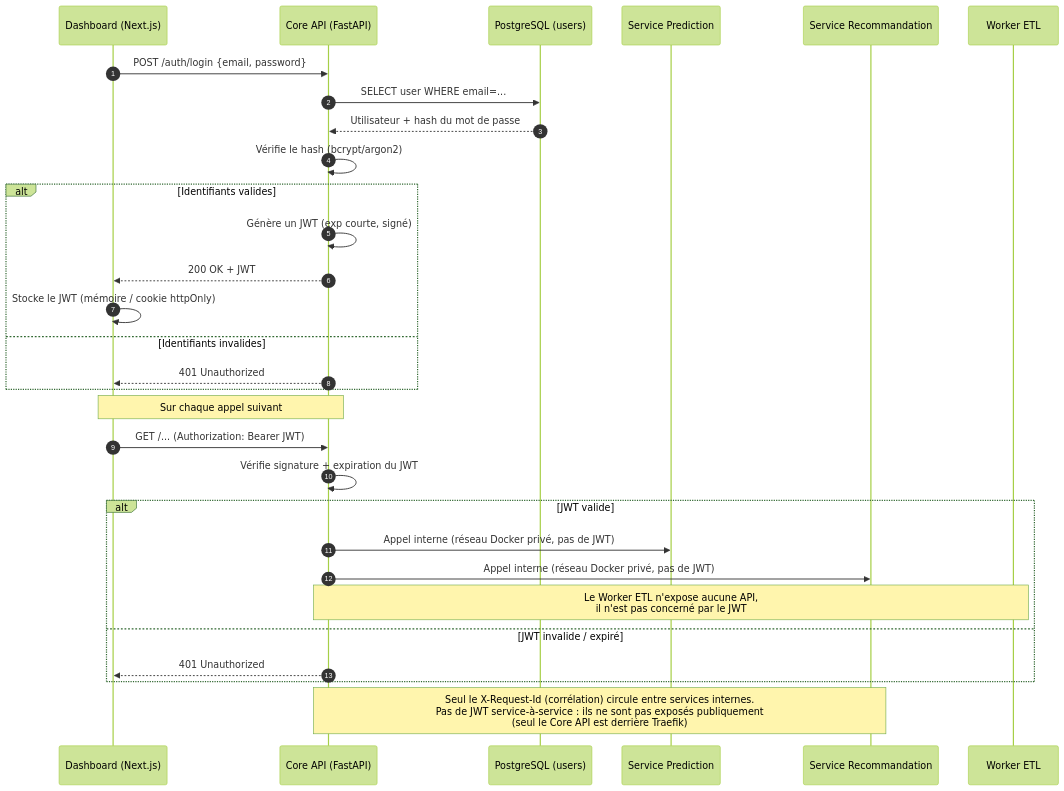
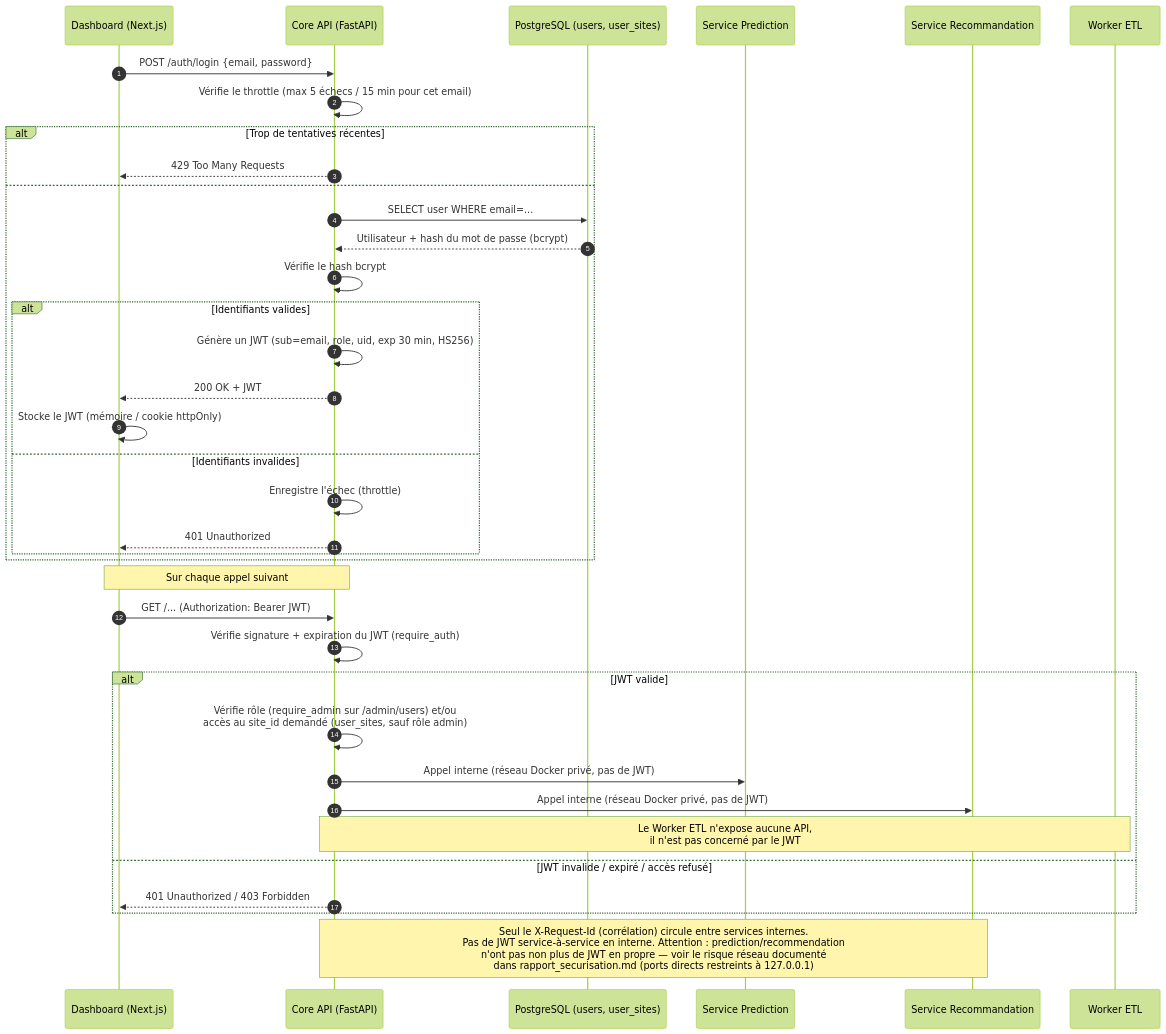
The diagram in docs/seq_auth_token.md (PetitPingu/EnerVision), drawn with Mermaid (forest theme) before and after one commit. The commit also changed other lines of this file and 4 other files, not shown here.

Commit message:
fix: masquer prediction/recommendation du web public

````diff
--- a/docs/seq_auth_token.md
+++ b/docs/seq_auth_token.md
@@ -12,35 +27,42 @@
 ```mermaid
 sequenceDiagram
     autonumber
     participant Client as Dashboard (Next.js)
     participant Core as Core API (FastAPI)
-    participant PG as PostgreSQL (users)
+    participant PG as PostgreSQL (users, user_sites)
     participant Pred as Service Prediction
     participant Reco as Service Recommandation
     participant ETL as Worker ETL
 
     Client->>Core: POST /auth/login {email, password}
-    Core->>PG: SELECT user WHERE email=...
-    PG-->>Core: Utilisateur + hash du mot de passe
-    Core->>Core: Vérifie le hash (bcrypt/argon2)
-    alt Identifiants valides
-        Core->>Core: Génère un JWT (exp courte, signé)
-        Core-->>Client: 200 OK + JWT
-        Client->>Client: Stocke le JWT (mémoire / cookie httpOnly)
-    else Identifiants invalides
-        Core-->>Client: 401 Unauthorized
+    Core->>Core: Vérifie le throttle (max 5 échecs / 15 min pour cet email)
+    alt Trop de tentatives récentes
+        Core-->>Client: 429 Too Many Requests
+    else
+        Core->>PG: SELECT user WHERE email=...
+        PG-->>Core: Utilisateur + hash du mot de passe (bcrypt)
+        Core->>Core: Vérifie le hash bcrypt
+        alt Identifiants valides
+            Core->>Core: Génère un JWT (sub=email, role, uid, exp 30 min, HS256)
+            Core-->>Client: 200 OK + JWT
+            Client->>Client: Stocke le JWT (mémoire / cookie httpOnly)
+        else Identifiants invalides
+            Core->>Core: Enregistre l'échec (throttle)
+            Core-->>Client: 401 Unauthorized
+        end
     end
 
     Note over Client,Core: Sur chaque appel suivant
     Client->>Core: GET /... (Authorization: Bearer JWT)
-    Core->>Core: Vérifie signature + expiration du JWT
+    Core->>Core: Vérifie signature + expiration du JWT (require_auth)
     alt JWT valide
+        Core->>Core: Vérifie rôle (require_admin sur /admin/users) et/ou<br/>accès au site_id demandé (user_sites, sauf rôle admin)
         Core->>Pred: Appel interne (réseau Docker privé, pas de JWT)
         Core->>Reco: Appel interne (réseau Docker privé, pas de JWT)
         Note over Core,ETL: Le Worker ETL n'expose aucune API,<br/>il n'est pas concerné par le JWT
-    else JWT invalide / expiré
-        Core-->>Client: 401 Unauthorized
+    else JWT invalide / expiré / accès refusé
+        Core-->>Client: 401 Unauthorized / 403 Forbidden
     end
 
-    Note over Core,Reco: Seul le X-Request-Id (corrélation) circule entre services internes.<br/>Pas de JWT service-à-service : ils ne sont pas exposés publiquement<br/>(seul le Core API est derrière Traefik)
+    Note over Core,Reco: Seul le X-Request-Id (corrélation) circule entre services internes.<br/>Pas de JWT service-à-service en interne. Attention : prediction/recommendation<br/>n'ont pas non plus de JWT en propre — voir le risque réseau documenté<br/>dans rapport_securisation.md (ports directs restreints à 127.0.0.1)
 ```
````
